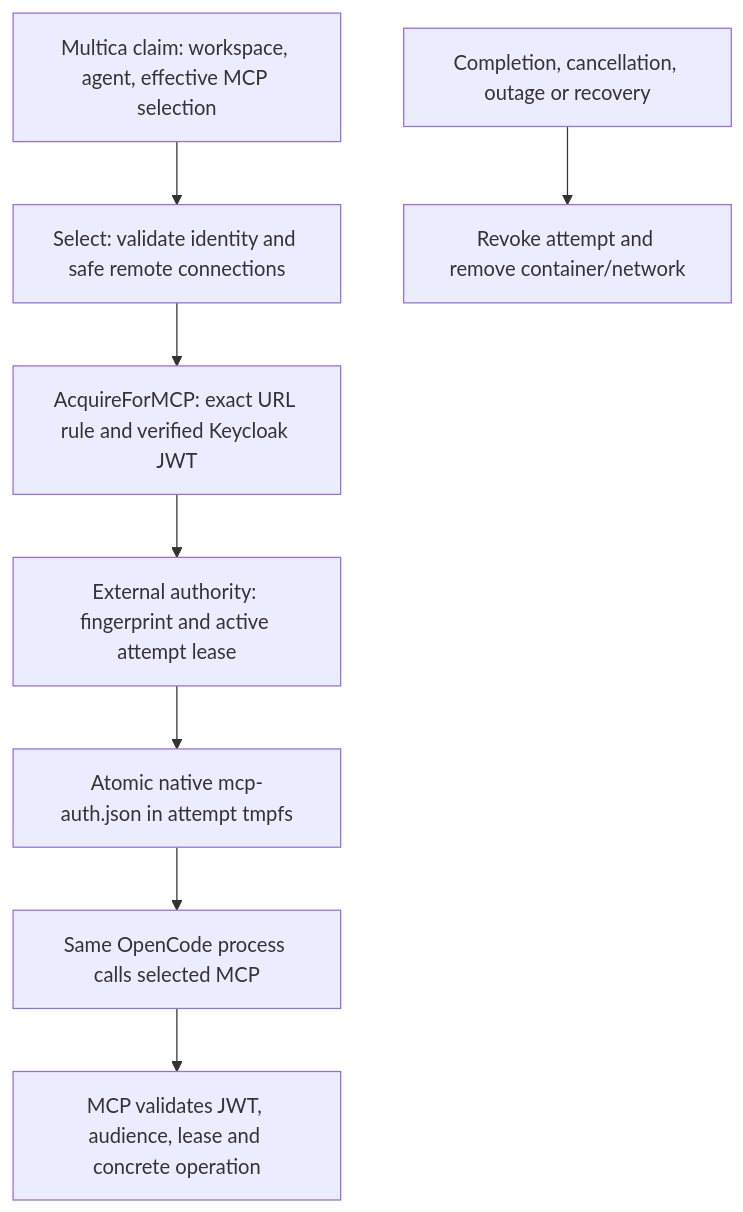
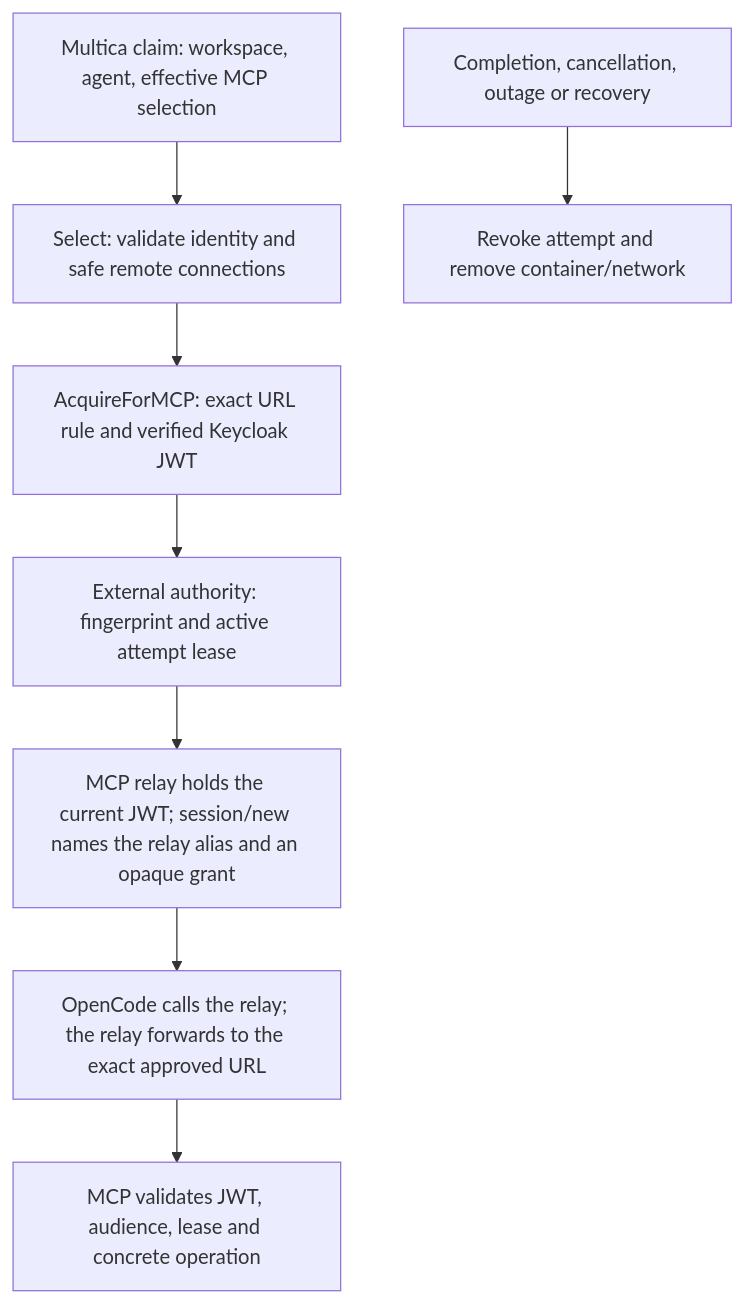
The diagram in internal/opencode/README.md (gently-whitesnow/multica-sandbox), drawn with Mermaid before and after one commit. The commit also changed other lines of this file and 48 other files, not shown here.

First line of the commit message:
feat(opencode): ACP transport, MCP relay, OpenCode 2.2.2 (#76)

````diff
--- a/internal/opencode/README.md
+++ b/internal/opencode/README.md
@@ -8,10 +6,10 @@
 ```mermaid
 flowchart TD
     M[Multica claim: workspace, agent, effective MCP selection] --> S[Select: validate identity and safe remote connections]
     S --> I[AcquireForMCP: exact URL rule and verified Keycloak JWT]
     I --> G[External authority: fingerprint and active attempt lease]
-    G --> P[Atomic native mcp-auth.json in attempt tmpfs]
-    P --> O[Same OpenCode process calls selected MCP]
+    G --> P[MCP relay holds the current JWT; session/new names the relay alias and an opaque grant]
+    P --> O[OpenCode calls the relay; the relay forwards to the exact approved URL]
     O --> V[MCP validates JWT, audience, lease and concrete operation]
     C[Completion, cancellation, outage or recovery] --> R[Revoke attempt and remove container/network]
 ```
````
